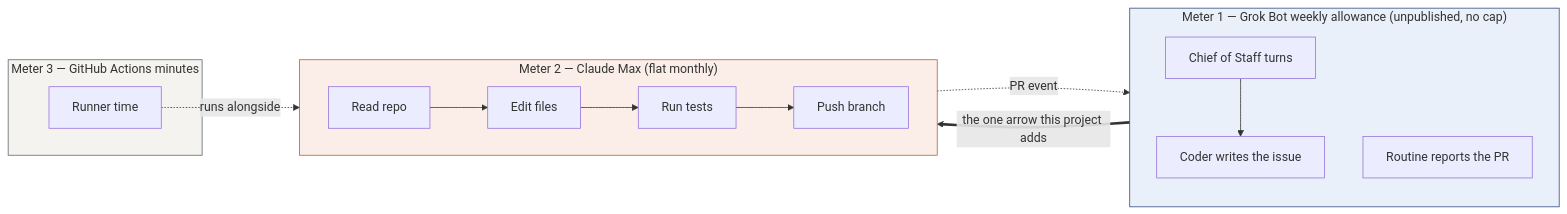
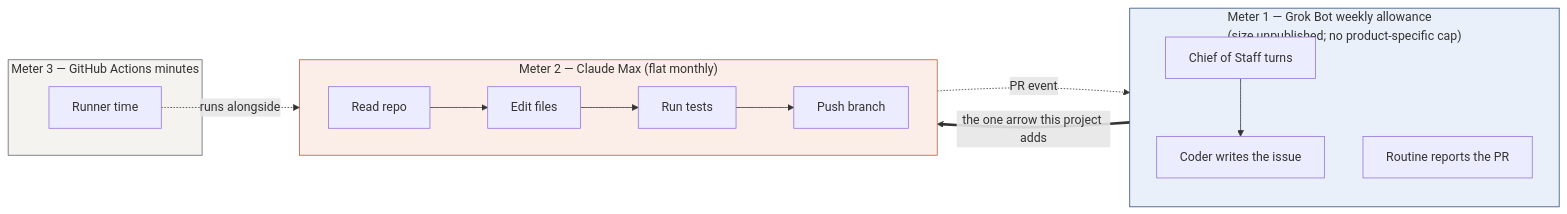
One commit to mathew-builds/Handoff changed the third of 4 diagrams in docs/01-architecture.md. Above: the diagram before and after it, drawn with Mermaid. The commit also changed other lines of this file and 7 other files, not shown here.

````diff
--- a/docs/01-architecture.md
+++ b/docs/01-architecture.md
@@ -93,21 +98,21 @@
 ```mermaid
 flowchart LR
-    subgraph M1["Meter 1 — Grok Bot weekly allowance (unpublished, no cap)"]
+    subgraph M1["Meter 1 — Grok Bot weekly allowance<br/>(size unpublished; no product-specific cap)"]
         direction TB
         A[Chief of Staff turns] --> B[Coder writes the issue]
         C[Routine reports the PR]
     end
     subgraph M2["Meter 2 — Claude Max (flat monthly)"]
         direction LR
         D[Read repo] --> E[Edit files] --> F[Run tests] --> G[Push branch]
     end
     subgraph M3["Meter 3 — GitHub Actions minutes"]
         H[Runner time]
     end
     B == "the one arrow this project adds" ==> D
     G -. "PR event" .-> C
     H -. "runs alongside" .-> D
     style M1 fill:#EAF0F9,stroke:#2C4A7C
     style M2 fill:#FBEEE8,stroke:#B85A36
     style M3 fill:#F5F3EF,stroke:#5C626B
 ```
````
